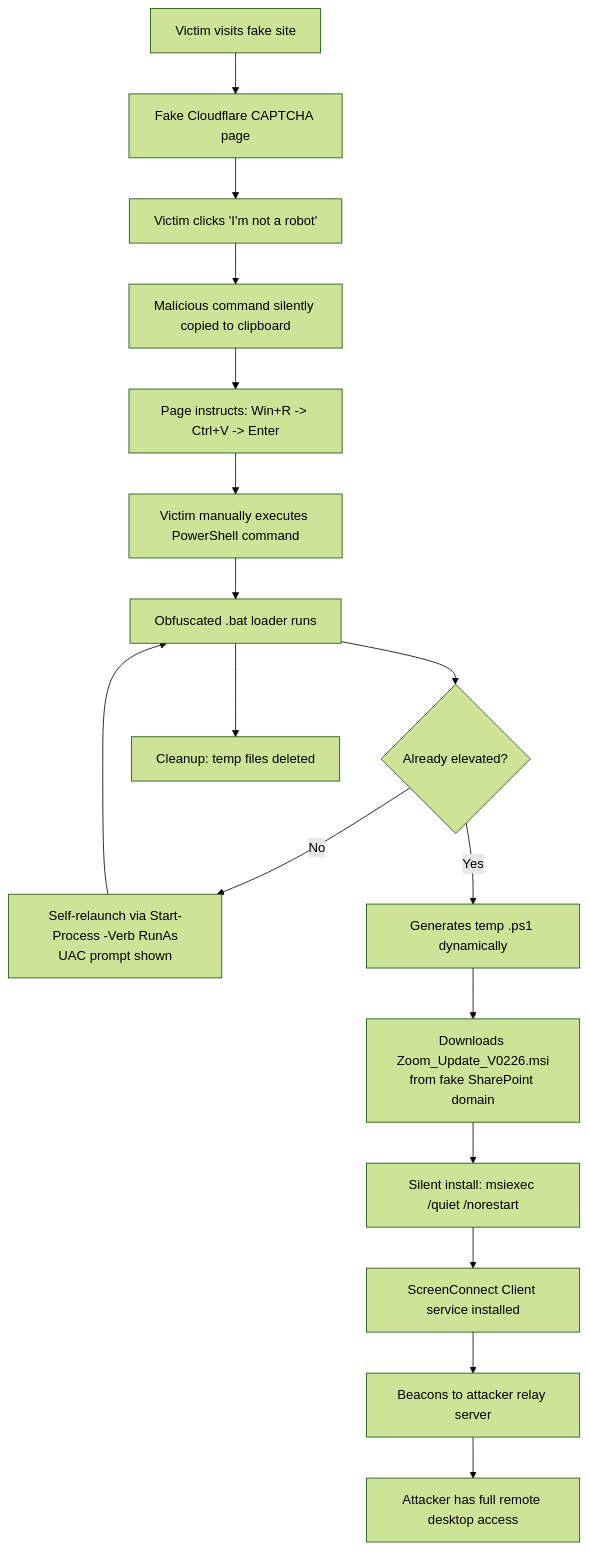
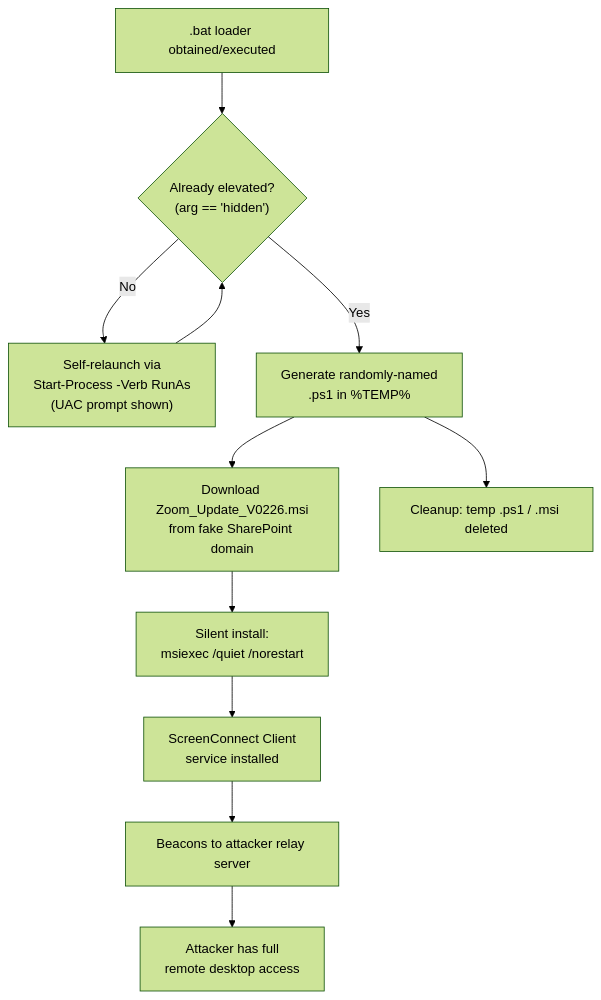
The first of 2 diagrams in README.md (sentryuhq/fakezoom-screenconnect), drawn with Mermaid (forest theme) before and after one commit. The commit also changed other lines of this file, not shown here.

````diff
--- a/README.md
+++ b/README.md
@@ -40,19 +40,13 @@
 ```mermaid
 flowchart TD
-    A[Victim visits fake site] --> B[Fake Cloudflare CAPTCHA page]
-    B --> C[Victim clicks 'I'm not a robot']
-    C --> D[Malicious command silently copied to clipboard]
-    D --> E[Page instructs: Win+R -> Ctrl+V -> Enter]
-    E --> F[Victim manually executes PowerShell command]
-    F --> G[Obfuscated .bat loader runs]
-    G --> H{Already elevated?}
-    H -- No --> I[Self-relaunch via Start-Process -Verb RunAs<br/>UAC prompt shown]
-    I --> G
-    H -- Yes --> J[Generates temp .ps1 dynamically]
-    J --> K[Downloads Zoom_Update_V0226.msi<br/>from fake SharePoint domain]
-    K --> L[Silent install: msiexec /quiet /norestart]
-    L --> M[ScreenConnect Client service installed]
-    M --> N[Beacons to attacker relay server]
-    N --> O[Attacker has full remote desktop access]
-    G --> P[Cleanup: temp files deleted]
+    A[".bat loader obtained/executed"] --> B{"Already elevated?<br/>(arg == 'hidden')"}
+    B -- No --> C["Self-relaunch via<br/>Start-Process -Verb RunAs<br/>(UAC prompt shown)"]
+    C --> B
+    B -- Yes --> D["Generate randomly-named<br/>.ps1 in %TEMP%"]
+    D --> E["Download Zoom_Update_V0226.msi<br/>from fake SharePoint domain"]
+    E --> F["Silent install:<br/>msiexec /quiet /norestart"]
+    F --> G["ScreenConnect Client<br/>service installed"]
+    G --> H["Beacons to attacker relay server"]
+    H --> I["Attacker has full<br/>remote desktop access"]
+    D --> J["Cleanup: temp .ps1 / .msi deleted"]
 ```
````
